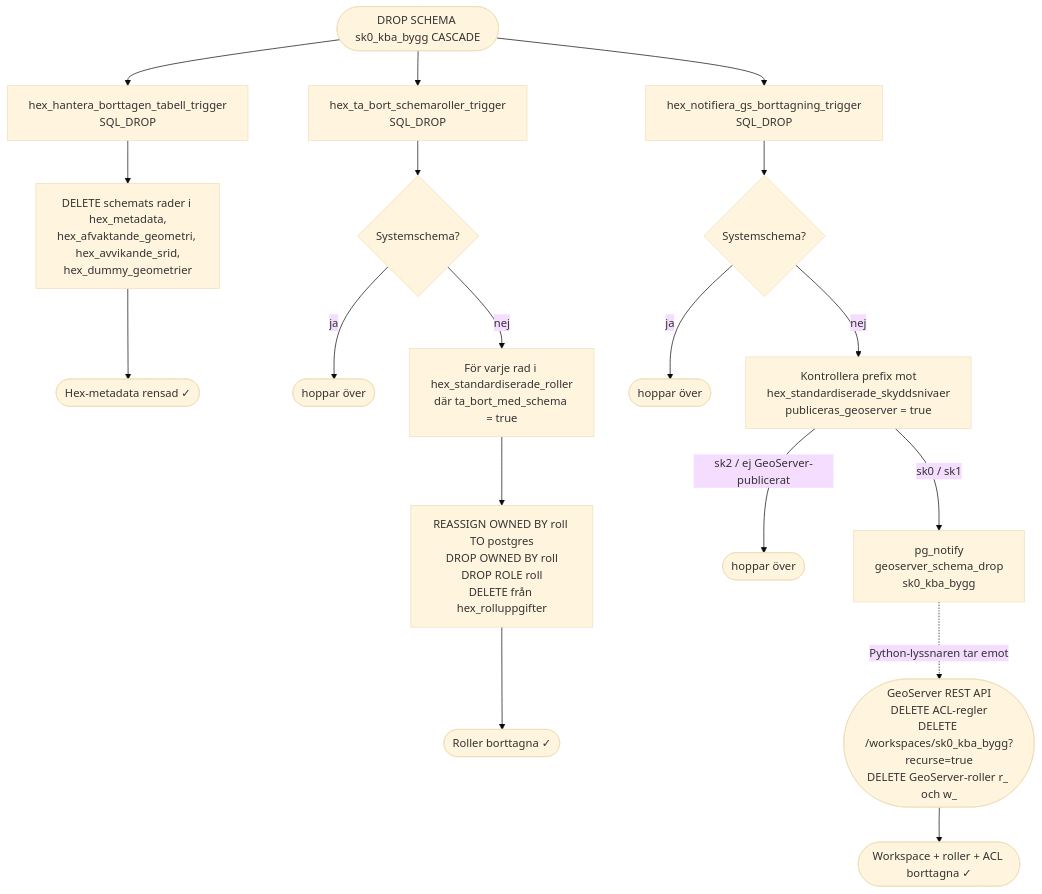
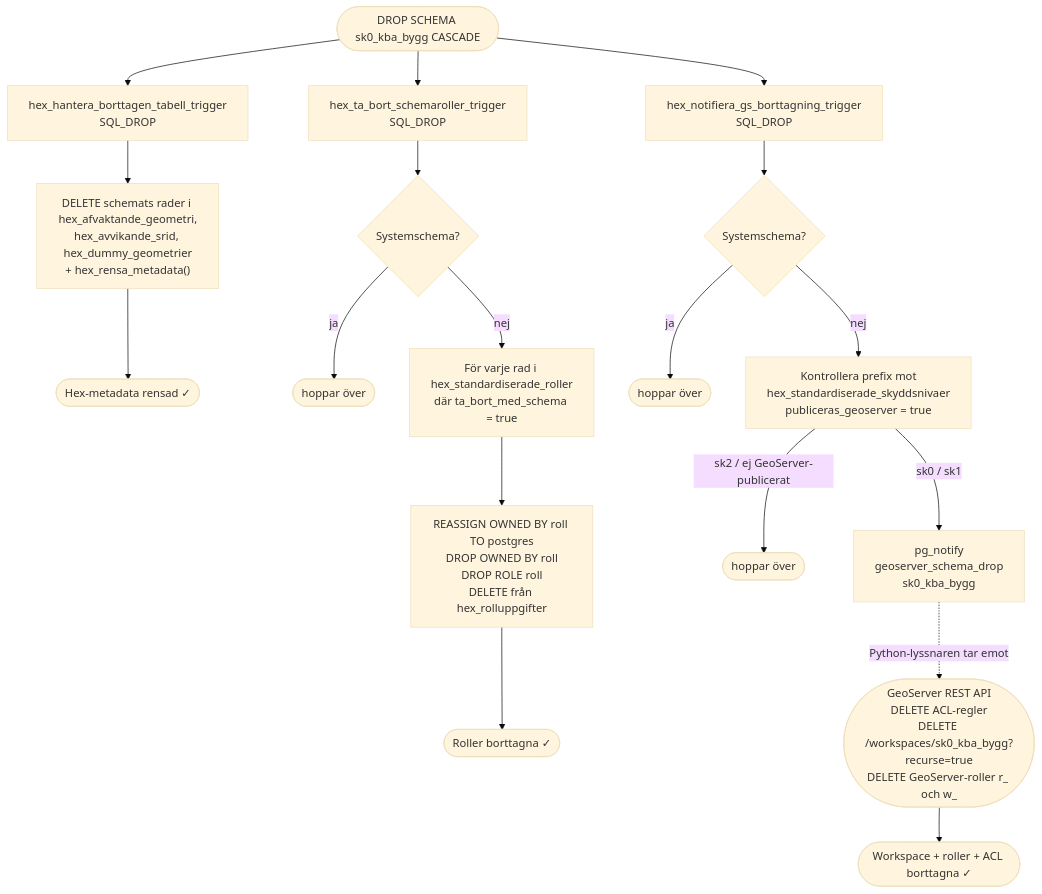
One commit to Geodata-Kungsbacka/Hex changed the eighth of 9 diagrams in LOGIC_MAP.md. Above: the diagram before and after it, drawn with Mermaid (base theme). The commit also changed other lines of this file and 13 other files, not shown here.

````diff
--- a/LOGIC_MAP.md
+++ b/LOGIC_MAP.md
@@ -778,23 +885,23 @@
 ```mermaid
 flowchart TD
     START(["DROP SCHEMA sk0_kba_bygg CASCADE"])
     START --> TBS_T["hex_ta_bort_schemaroller_trigger<br/>SQL_DROP"]
     START --> NGB_T["hex_notifiera_gs_borttagning_trigger<br/>SQL_DROP"]
     START --> HBT_T["hex_hantera_borttagen_tabell_trigger<br/>SQL_DROP"]
-    HBT_T --> META["DELETE schemats rader i hex_metadata,<br/>hex_afvaktande_geometri, hex_avvikande_srid,<br/>hex_dummy_geometrier"]
+    HBT_T --> META["DELETE schemats rader i hex_afvaktande_geometri,<br/>hex_avvikande_srid, hex_dummy_geometrier<br/>+ hex_rensa_metadata()"]
     META --> DONE_META(["Hex-metadata rensad ✓"])
 
     TBS_T --> SYS{"Systemschema?"}
     SYS --> |ja| SKIP(["hoppar över"])
     SYS --> |nej| LOOP["För varje rad i hex_standardiserade_roller<br/>där ta_bort_med_schema = true"]
     LOOP --> DROPROL["REASSIGN OWNED BY roll TO postgres<br/>DROP OWNED BY roll<br/>DROP ROLE roll<br/>DELETE från hex_rolluppgifter"]
     DROPROL --> DONE_ROLES(["Roller borttagna ✓"])
 
     NGB_T --> SYS2{"Systemschema?"}
     SYS2 --> |ja| SKIP2(["hoppar över"])
     SYS2 --> |nej| GS_CHK["Kontrollera prefix mot<br/>hex_standardiserade_skyddsnivaer<br/>publiceras_geoserver = true"]
     GS_CHK --> |"sk2 / ej GeoServer-publicerat"| SKIP3(["hoppar över"])
     GS_CHK --> |"sk0 / sk1"| NOTIFY["pg_notify<br/>geoserver_schema_drop<br/>sk0_kba_bygg"]
     NOTIFY -.->|"Python-lyssnaren tar emot"| GS(["GeoServer REST API<br/>DELETE ACL-regler<br/>DELETE /workspaces/sk0_kba_bygg?recurse=true<br/>DELETE GeoServer-roller r_ och w_"])
     GS --> DONE_GS(["Workspace + roller + ACL borttagna ✓"])
 ```
````
